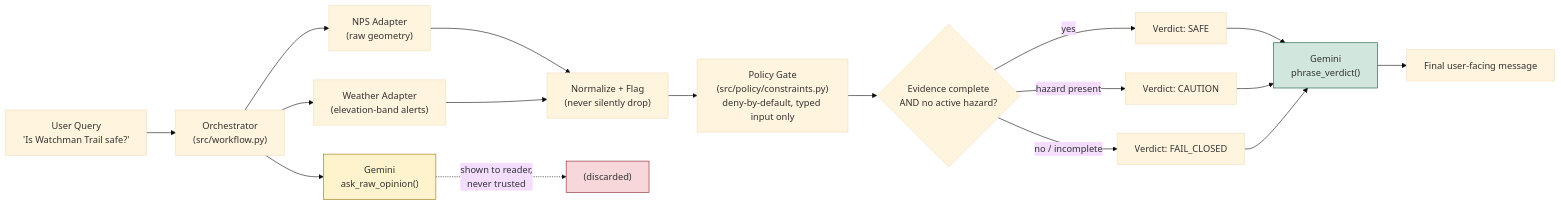
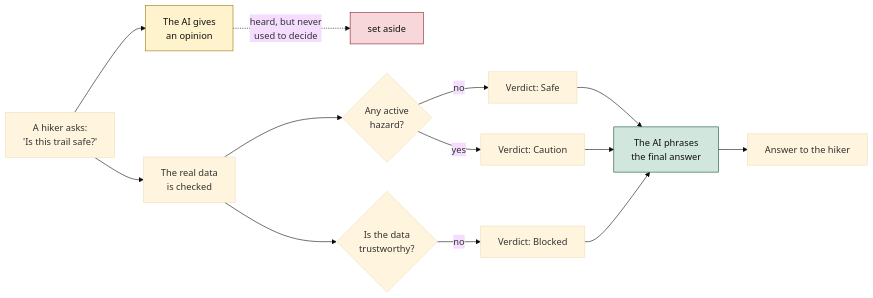
Before and after one commit to mohitagr18/ch01-production-reality: the diagram in workflow/01_high_level_architecture.md, drawn with Mermaid (base theme). The commit also changed other lines of this file and 2 other files, not shown here.

Commit message:
Simplify workflow diagrams for chapter 1 readability; fix text contrast on colored nodes

````diff
--- a/workflow/01_high_level_architecture.md
+++ b/workflow/01_high_level_architecture.md
@@ -6,26 +7,26 @@
 ```mermaid
 flowchart LR
-    U["User Query<br/>'Is Watchman Trail safe?'"] --> O["Orchestrator<br/>(src/workflow.py)"]
-    O --> A1["NPS Adapter<br/>(raw geometry)"]
-    O --> A2["Weather Adapter<br/>(elevation-band alerts)"]
-    O --> L1["Gemini<br/>ask_raw_opinion()"]
+    A["A hiker asks:<br/>'Is this trail safe?'"] --> B["The AI gives<br/>an opinion"]
+    A --> C["The real data<br/>is checked"]
 
-    A1 --> N["Normalize + Flag<br/>(never silently drop)"]
-    A2 --> N
-    L1 -. "shown to reader,<br/>never trusted" .-> DISCARD["(discarded)"]
+    B -.->|"heard, but never<br/>used to decide"| X["set aside"]
 
-    N --> P["Policy Gate<br/>(src/policy/constraints.py)<br/>deny-by-default, typed input only"]
-    P --> V{"Evidence complete<br/>AND no active hazard?"}
-    V -- "yes" --> SAFE["Verdict: SAFE"]
-    V -- "hazard present" --> CAUTION["Verdict: CAUTION"]
-    V -- "no / incomplete" --> FAIL["Verdict: FAIL_CLOSED"]
+    C --> D{"Any active<br/>hazard?"}
+    D -->|no| E["Verdict: Safe"]
+    D -->|yes| F["Verdict: Caution"]
+    C --> G{"Is the data<br/>trustworthy?"}
+    G -->|no| H["Verdict: Blocked"]
 
-    SAFE --> L2["Gemini<br/>phrase_verdict()"]
-    CAUTION --> L2
-    FAIL --> L2
-    L2 --> OUT["Final user-facing message"]
+    E --> I["The AI phrases<br/>the final answer"]
+    F --> I
+    H --> I
+    I --> J["Answer to the hiker"]
 
-    style DISCARD fill:#f8d7da,stroke:#842029
-    style L1 fill:#fff3cd,stroke:#997404
-    style L2 fill:#d1e7dd,stroke:#0f5132
+    classDef setaside fill:#f8d7da,stroke:#842029,color:#111111
+    classDef opinion fill:#fff3cd,stroke:#997404,color:#111111
+    classDef final fill:#d1e7dd,stroke:#0f5132,color:#111111
+
+    class X setaside
+    class B opinion
+    class I final
 ```
````
